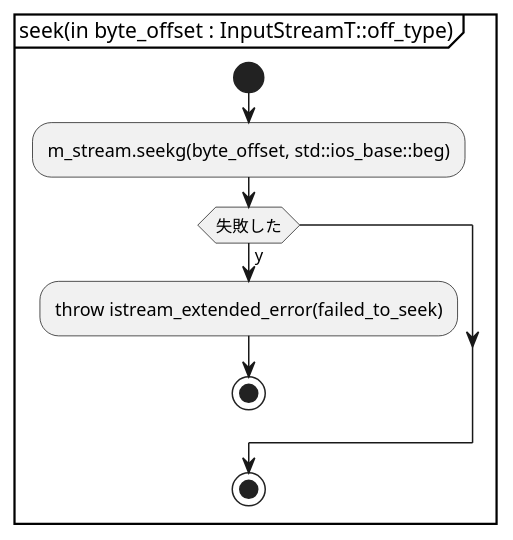
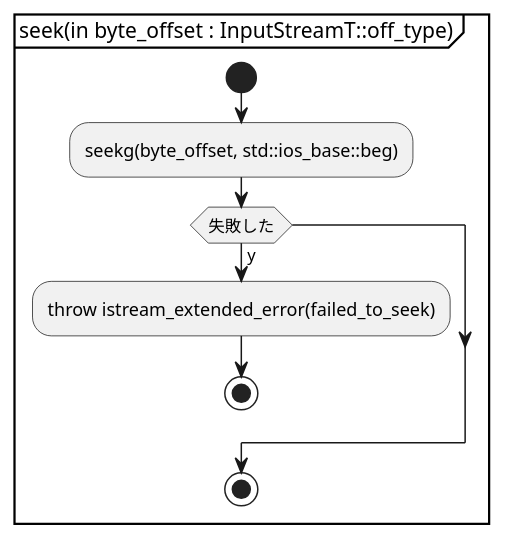
One commit to KodaiYM/PDFReader changed the sixth of 12 diagrams in document/document_reader/ipdfstream/tokenizer/istream_extended/istream_extended.activity.pu. Above: the diagram before and after it, drawn with PlantUML. The commit also changed other lines of this file and 38 other files, not shown here.

```diff
--- a/document/document_reader/ipdfstream/tokenizer/istream_extended/istream_extended.activity.pu
+++ b/document/document_reader/ipdfstream/tokenizer/istream_extended/istream_extended.activity.pu
@@ -56,11 +53,11 @@
 @startuml seek
 partition "seek(in byte_offset : InputStreamT::off_type)" {
 start
-	:m_stream.seekg(byte_offset, std::ios_base::beg);
+	:seekg(byte_offset, std::ios_base::beg);
 	if (失敗した) then (y)
 		:throw istream_extended_error(failed_to_seek);
 		stop
 	endif
 stop
 }
 @enduml
```
